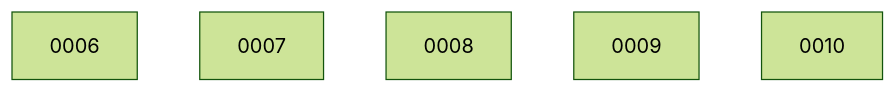
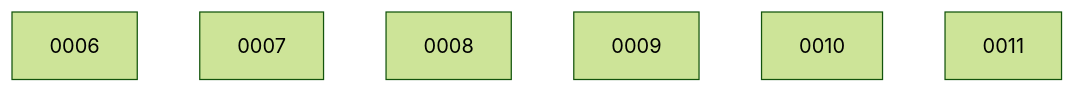
Before and after one commit to ethanhinson/codeindex: the diagram in docs/changes/BOARD.md, drawn with Mermaid (forest theme). The commit also changed other lines of this file, not shown here.

````diff
--- a/docs/changes/BOARD.md
+++ b/docs/changes/BOARD.md
@@ -20,8 +21,9 @@
 ```mermaid
 graph TD
   0006
   0007
   0008
   0009
   0010
+  0011
 ```
````
